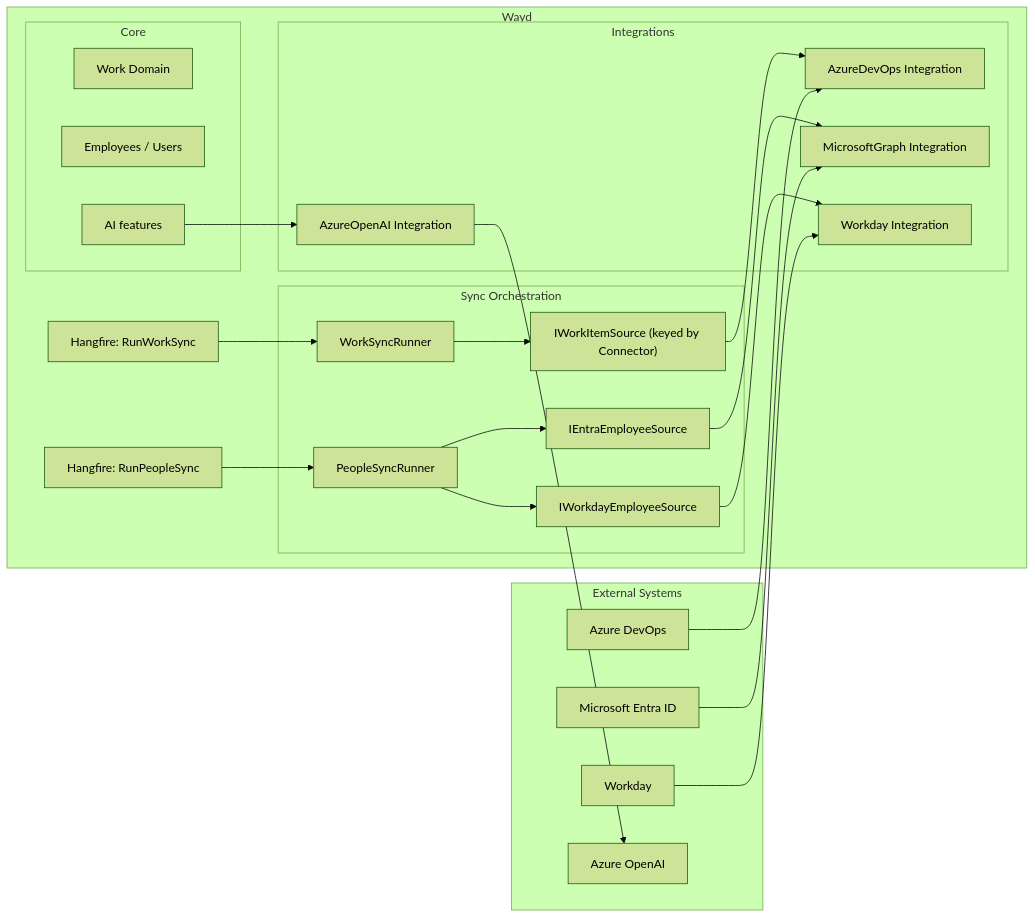
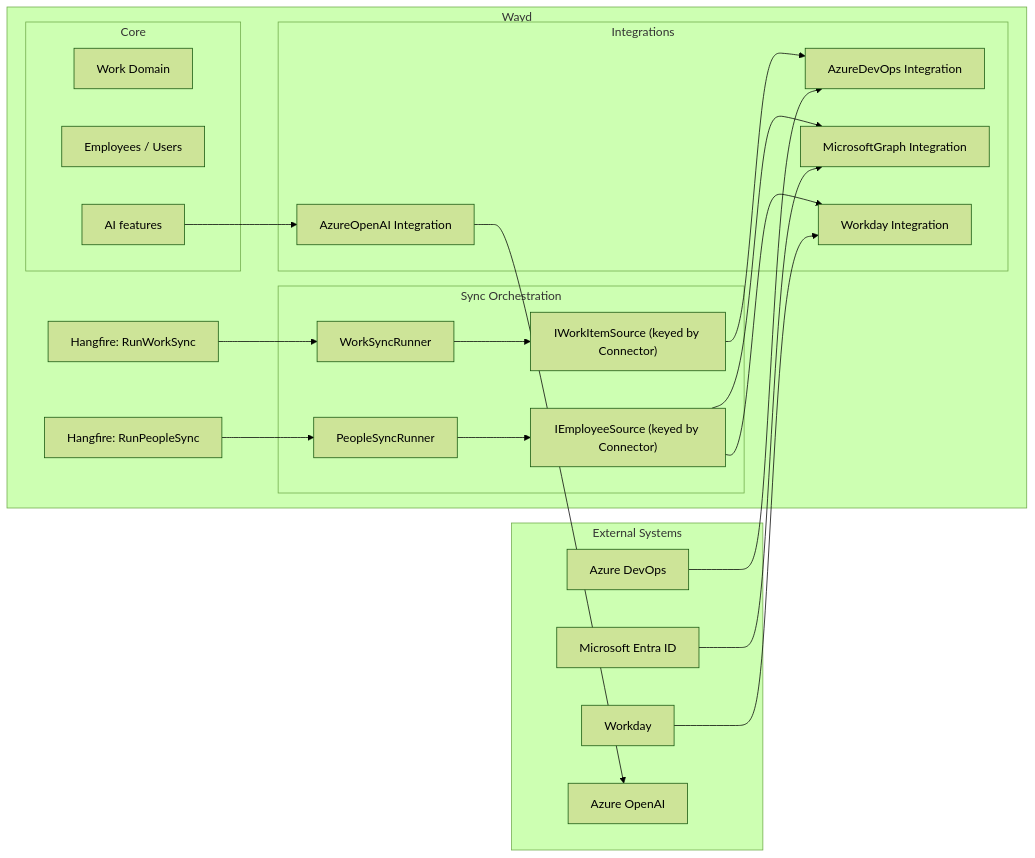
Before and after one commit to destacey/Wayd: the diagram in docs/reference/integrations/index.mdx, drawn with Mermaid (forest theme). The commit also changed other lines of this file and 16 other files, not shown here.

First line of the commit message:
Unify people sync on connector-neutral IEmployeeSource

````diff
--- a/docs/reference/integrations/index.mdx
+++ b/docs/reference/integrations/index.mdx
@@ -65,45 +65,43 @@
 ```mermaid
 graph LR
     subgraph "External Systems"
         ADO["Azure DevOps"]
         Entra["Microsoft Entra ID"]
         Workday["Workday"]
         AOAI["Azure OpenAI"]
     end
     subgraph "Wayd"
         subgraph "Sync Orchestration"
             WorkRunner["WorkSyncRunner"]
             PeopleRunner["PeopleSyncRunner"]
             WorkSources["IWorkItemSource (keyed by Connector)"]
-            EntraSource["IEntraEmployeeSource"]
-            WorkdaySource["IWorkdayEmployeeSource"]
+            PeopleSources["IEmployeeSource (keyed by Connector)"]
         end
         subgraph "Integrations"
             ADOInt["AzureDevOps Integration"]
             GraphInt["MicrosoftGraph Integration"]
             WorkdayInt["Workday Integration"]
             AOAIInt["AzureOpenAI Integration"]
         end
         subgraph "Core"
             Work["Work Domain"]
             People["Employees / Users"]
             AI["AI features"]
         end
         HFWork["Hangfire: RunWorkSync"]
         HFPeople["Hangfire: RunPeopleSync"]
     end
 
     HFWork --> WorkRunner
     HFPeople --> PeopleRunner
     WorkRunner --> WorkSources
-    PeopleRunner --> EntraSource
-    PeopleRunner --> WorkdaySource
+    PeopleRunner --> PeopleSources
     WorkSources --> ADOInt
-    EntraSource --> GraphInt
-    WorkdaySource --> WorkdayInt
+    PeopleSources --> GraphInt
+    PeopleSources --> WorkdayInt
     ADO --> ADOInt
     Entra --> GraphInt
     Workday --> WorkdayInt
     AOAIInt --> AOAI
     AI --> AOAIInt
 ```
````
